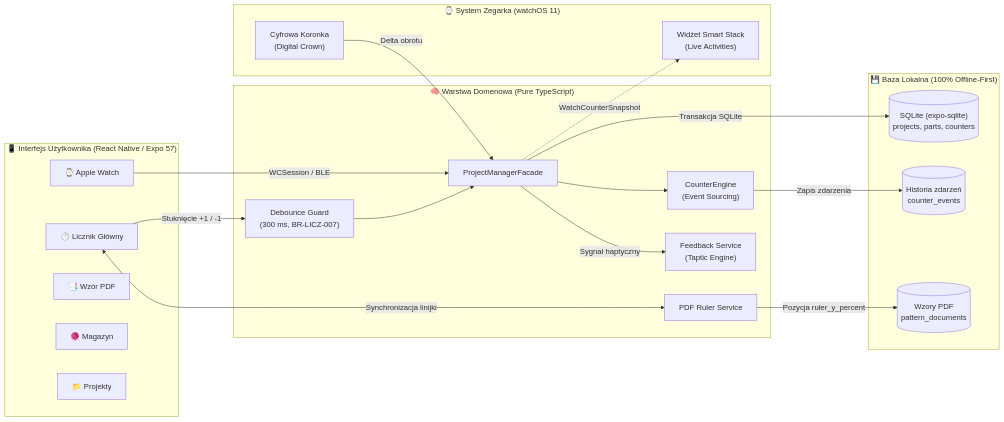
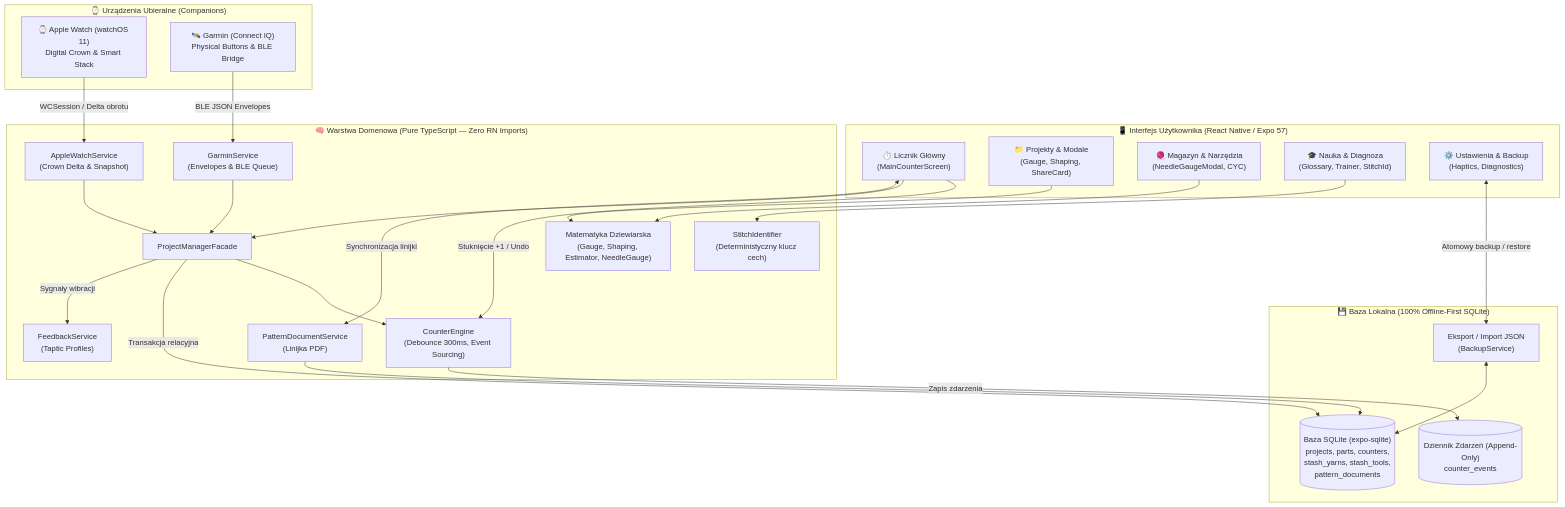
One commit to lkarwowski494/Oczko changed the diagram in README.md. Above: the diagram before and after it, drawn with Mermaid. The commit also changed other lines of this file and 1 other file, not shown here.

````diff
--- a/README.md
+++ b/README.md
@@ -76,41 +95,50 @@
 ```mermaid
-flowchart LR
+flowchart TD
     subgraph UI ["📱 Interfejs Użytkownika (React Native / Expo 57)"]
-        Counter["⏱️ Licznik Główny"]
-        Watch["⌚ Apple Watch"]
-        PDF["📑 Wzór PDF"]
-        Stash["🧶 Magazyn"]
-        Projects["📁 Projekty"]
+        Counter["⏱️ Licznik Główny\n(MainCounterScreen)"]
+        Projects["📁 Projekty & Modale\n(Gauge, Shaping, ShareCard)"]
+        Stash["🧶 Magazyn & Narzędzia\n(NeedleGaugeModal, CYC)"]
+        Learn["🎓 Nauka & Diagnoza\n(Glossary, Trainer, StitchId)"]
+        Settings["⚙️ Ustawienia & Backup\n(Haptics, Diagnostics)"]
     end
 
-    subgraph Core ["🧠 Warstwa Domenowa (Pure TypeScript)"]
-        Facade["ProjectManagerFacade"]
-        Engine["CounterEngine\n(Event Sourcing)"]
-        Debounce["Debounce Guard\n(300 ms, BR-LICZ-007)"]
-        Ruler["PDF Ruler Service"]
-        Haptics["Feedback Service\n(Taptic Engine)"]
+    subgraph Wearables ["⌚ Urządzenia Ubieralne (Companions)"]
+        AppleWatch["⌚ Apple Watch (watchOS 11)\nDigital Crown & Smart Stack"]
+        Garmin["🛰️ Garmin (Connect IQ)\nPhysical Buttons & BLE Bridge"]
     end
 
-    subgraph Storage ["💾 Baza Lokalna (100% Offline-First)"]
-        SQLite[("SQLite (expo-sqlite)\nprojects, parts, counters")]
-        Events[("Historia zdarzeń\ncounter_events")]
-        Docs[("Wzory PDF\npattern_documents")]
+    subgraph Core ["🧠 Warstwa Domenowa (Pure TypeScript — Zero RN Imports)"]
+        Facade["ProjectManagerFacade"]
+        Engine["CounterEngine\n(Debounce 300ms, Event Sourcing)"]
+        GarminSvc["GarminService\n(Envelopes & BLE Queue)"]
+        WatchSvc["AppleWatchService\n(Crown Delta & Snapshot)"]
+        Calculators["Matematyka Dziewiarska\n(Gauge, Shaping, Estimator, NeedleGauge)"]
+        StitchEngine["StitchIdentifier\n(Deterministyczny klucz cech)"]
+        RulerSvc["PatternDocumentService\n(Linijka PDF)"]
+        HapticsSvc["FeedbackService\n(Taptic Profiles)"]
     end
 
-    subgraph WatchOS ["⌚ System Zegarka (watchOS 11)"]
-        Crown["Cyfrowa Koronka\n(Digital Crown)"]
-        Stack["Widżet Smart Stack\n(Live Activities)"]
+    subgraph Storage ["💾 Baza Lokalna (100% Offline-First SQLite)"]
+        SQLite[("Baza SQLite (expo-sqlite)\nprojects, parts, counters,\nstash_yarns, stash_tools,\npattern_documents")]
+        Events[("Dziennik Zdarzeń (Append-Only)\ncounter_events")]
+        JSONBackup["Eksport / Import JSON\n(BackupService)"]
     end
 
-    Counter -->|"Stuknięcie +1 / -1"| Debounce
-    Debounce --> Facade
-    Watch -->|"WCSession / BLE"| Facade
-    Crown -->|"Delta obrotu"| Facade
+    Counter -->|"Stuknięcie +1 / Undo"| Engine
+    AppleWatch -->|"WCSession / Delta obrotu"| WatchSvc
+    Garmin -->|"BLE JSON Envelopes"| GarminSvc
+    WatchSvc --> Facade
+    GarminSvc --> Facade
+    Counter --> Facade
+    Projects --> Calculators
+    Stash --> Calculators
+    Learn --> StitchEngine
     Facade --> Engine
     Engine -->|"Zapis zdarzenia"| Events
-    Facade -->|"Transakcja SQLite"| SQLite
-    Counter <-->|"Synchronizacja linijki"| Ruler
-    Ruler -->|"Pozycja ruler_y_percent"| Docs
-    Facade -->|"Sygnał haptyczny"| Haptics
-    Facade -.->|"WatchCounterSnapshot"| Stack
+    Facade -->|"Transakcja relacyjna"| SQLite
+    Counter <-->|"Synchronizacja linijki"| RulerSvc
+    RulerSvc --> SQLite
+    Facade -->|"Sygnały wibracji"| HapticsSvc
+    Settings <-->|"Atomowy backup / restore"| JSONBackup
+    JSONBackup <--> SQLite
 ```
````
